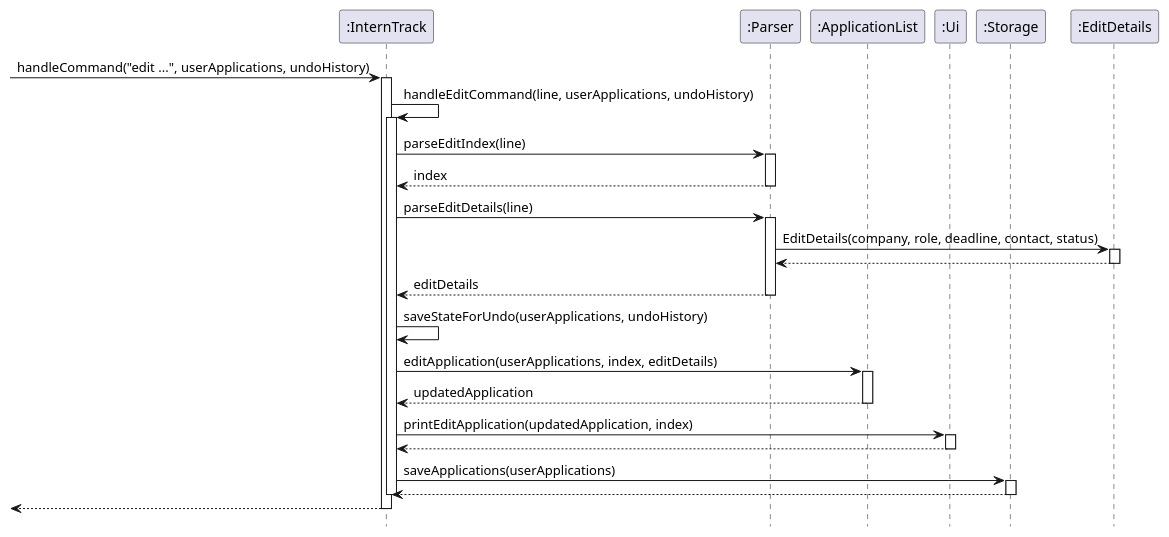
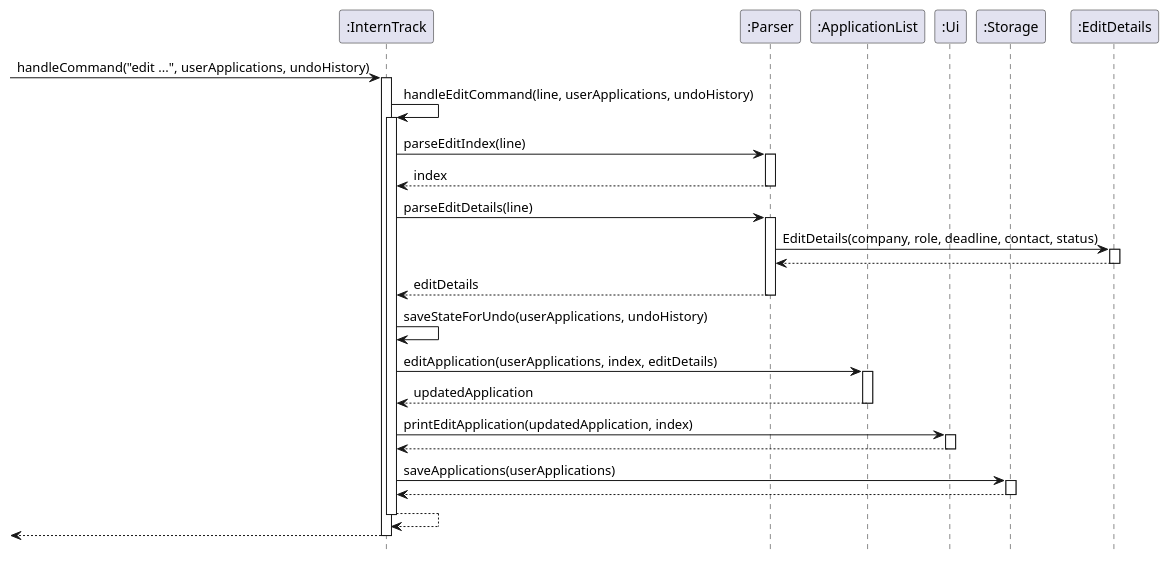
The diagram in docs/diagrams/edit_sequence_diag.puml (BaoLam194/tp), drawn with PlantUML before and after one commit. The commit also changed 1 other file, not shown here.

Commit message:
fix edit sequence diagram

```diff
--- a/docs/diagrams/edit_sequence_diag.puml
+++ b/docs/diagrams/edit_sequence_diag.puml
@@ -1,52 +1,53 @@
 @startuml
 hide footbox
 
 participant ":InternTrack" as InternTrack
 participant ":Parser" as Parser
 participant ":ApplicationList" as ApplicationList
 participant ":Ui" as Ui
 participant ":Storage" as Storage
 participant ":EditDetails" as EditDetails
 
 [-> InternTrack : handleCommand("edit ...", userApplications, undoHistory)
 activate InternTrack
 
 InternTrack -> InternTrack : handleEditCommand(line, userApplications, undoHistory)
 activate InternTrack
 
 InternTrack -> Parser : parseEditIndex(line)
 activate Parser
 Parser --> InternTrack : index
 deactivate Parser
 
 InternTrack -> Parser : parseEditDetails(line)
 activate Parser
 create "editDetails:EditDetails" as EditDetails
 Parser -> EditDetails : EditDetails(company, role, deadline, contact, status)
 activate EditDetails
 EditDetails --> Parser
 deactivate EditDetails
 Parser --> InternTrack : editDetails
 deactivate Parser
 
 InternTrack -> InternTrack : saveStateForUndo(userApplications, undoHistory)
 
 InternTrack -> ApplicationList : editApplication(userApplications, index, editDetails)
 activate ApplicationList
 ApplicationList --> InternTrack : updatedApplication
 deactivate ApplicationList
 
 InternTrack -> Ui : printEditApplication(updatedApplication, index)
 activate Ui
 Ui --> InternTrack
 deactivate Ui
 
 InternTrack -> Storage : saveApplications(userApplications)
 activate Storage
 Storage --> InternTrack
 deactivate Storage
 
+InternTrack --> InternTrack
 deactivate InternTrack
 [<-- InternTrack
 deactivate InternTrack
 @enduml
```
